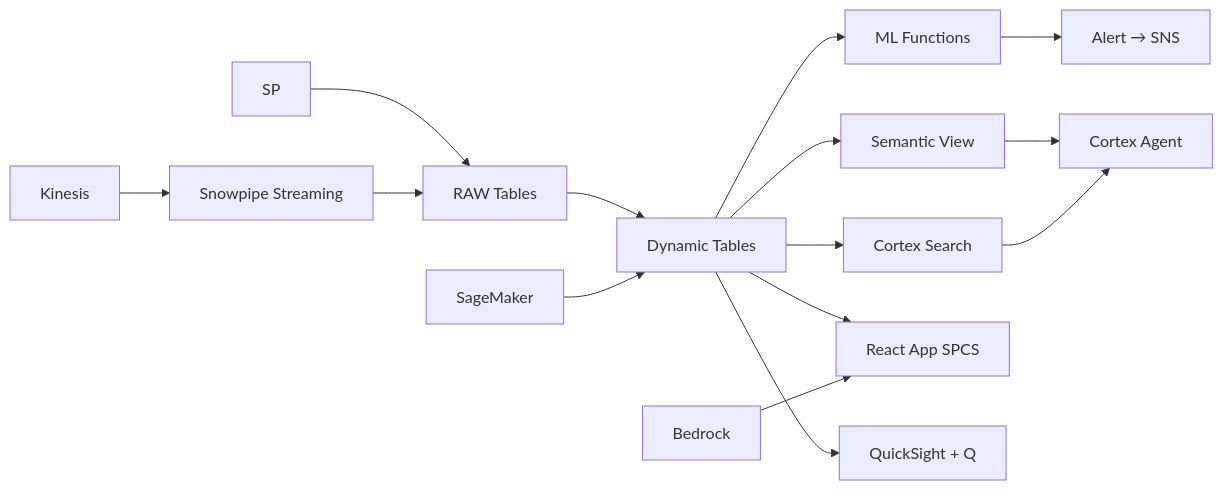
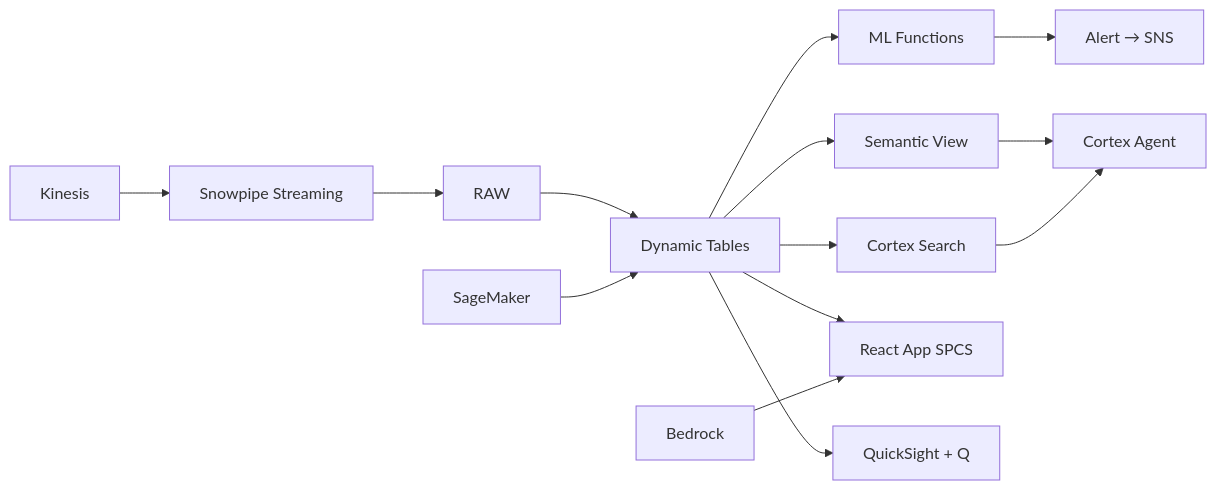
The diagram in README.md (sfc-gh-jasvestis/aws-thailand-food-export-intel), drawn with Mermaid before and after one commit. The commit also changed 7 other files, not shown here.

Commit message:
Fix: add all source files, .gitignore, fix Mermaid diagram

````diff
--- a/README.md
+++ b/README.md
@@ -9,17 +9,16 @@
 ```mermaid
 flowchart LR
     KIN[Kinesis] --> SPS[Snowpipe Streaming]
-    SP --> RAW[RAW Tables]
     SPS --> RAW
     RAW --> DT[Dynamic Tables]
     DT --> ML[ML Functions]
     DT --> SEARCH[Cortex Search]
     DT --> SV[Semantic View]
     SV --> AGENT[Cortex Agent]
     SEARCH --> AGENT
     DT --> APP[React App SPCS]
     SM[SageMaker] --> DT
     BR[Bedrock] --> APP
     DT --> QS[QuickSight + Q]
     ML --> ALERT[Alert → SNS]
 ```
````
